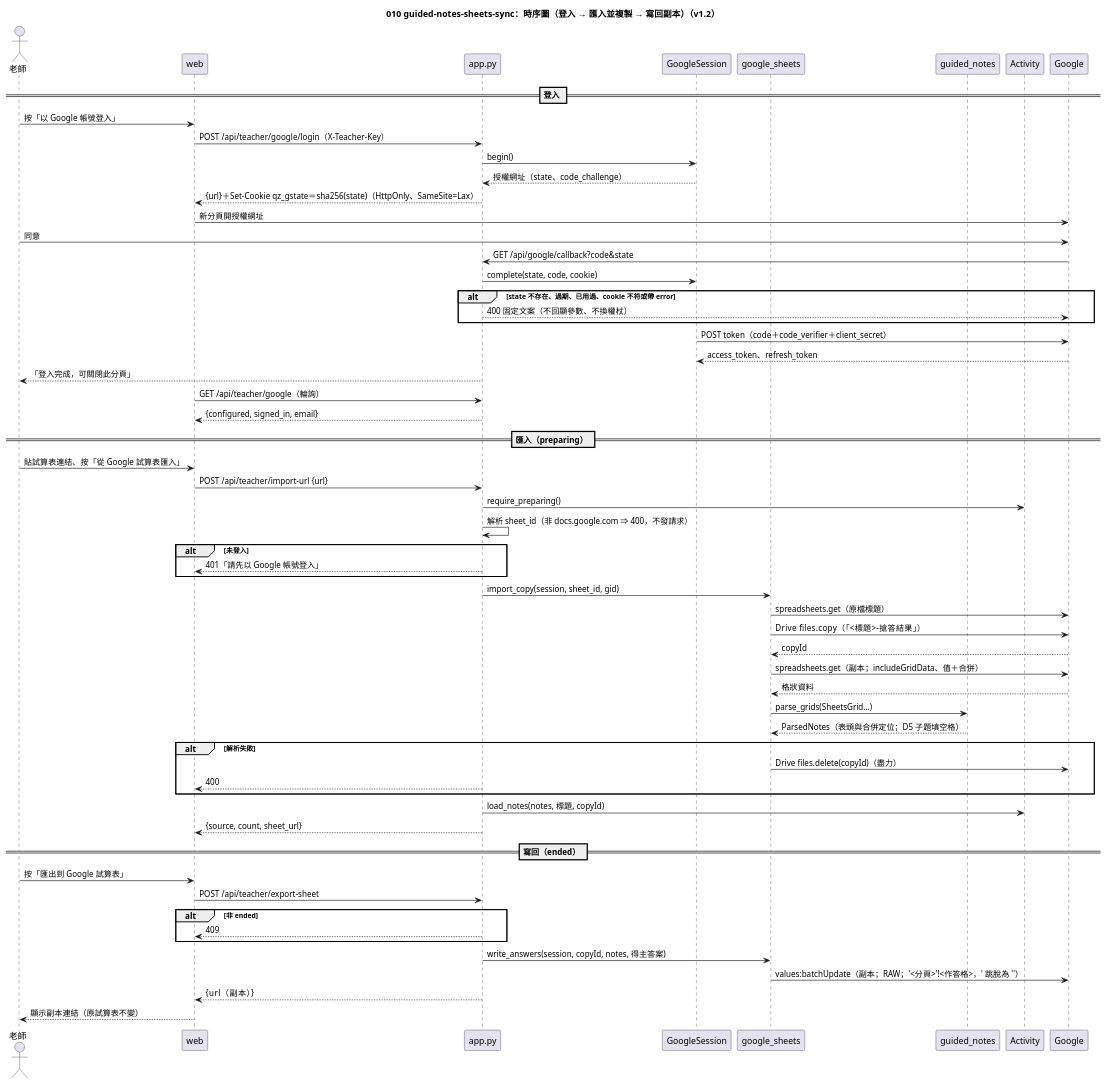
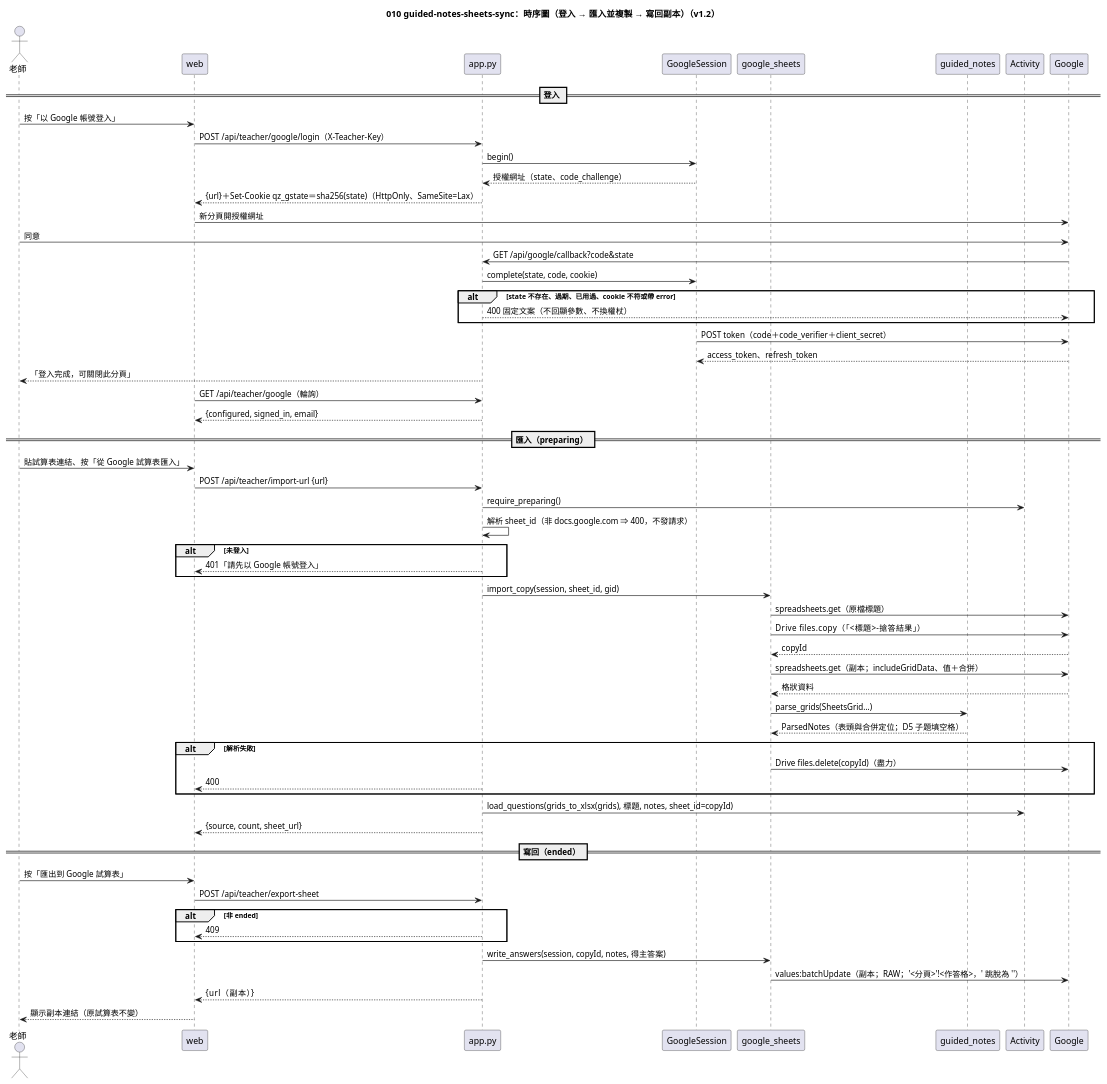
One commit to yue083139/software_fin-speckit changed the diagram in diagrams/010-guided-notes-sheets-sync-sequence.puml. Above: the diagram before and after it, drawn with PlantUML. The commit also changed 38 other files, not shown here.

```diff
--- a/diagrams/010-guided-notes-sheets-sync-sequence.puml
+++ b/diagrams/010-guided-notes-sheets-sync-sequence.puml
@@ -1,65 +1,65 @@
 @startuml 010-guided-notes-sheets-sync-sequence
 title 010 guided-notes-sheets-sync：時序圖（登入 → 匯入並複製 → 寫回副本）（v1.2）
 
 actor "老師" as T
 participant "web" as W
 participant "app.py" as App
 participant "GoogleSession" as S
 participant "google_sheets" as GS
 participant "guided_notes" as GN
 participant "Activity" as Act
 participant "Google" as G
 
 == 登入 ==
 T -> W : 按「以 Google 帳號登入」
 W -> App : POST /api/teacher/google/login（X-Teacher-Key）
 App -> S : begin()
 S --> App : 授權網址（state、code_challenge）
 App --> W : {url}＋Set-Cookie qz_gstate＝sha256(state)（HttpOnly、SameSite=Lax）
 W -> G : 新分頁開授權網址
 T -> G : 同意
 G -> App : GET /api/google/callback?code&state
 App -> S : complete(state, code, cookie)
 alt state 不存在、過期、已用過、cookie 不符或帶 error
   App --> G : 400 固定文案（不回顯參數、不換權杖）
 end
 S -> G : POST token（code＋code_verifier＋client_secret）
 G --> S : access_token、refresh_token
 App --> T : 「登入完成，可關閉此分頁」
 W -> App : GET /api/teacher/google（輪詢）
 App --> W : {configured, signed_in, email}
 
 == 匯入（preparing） ==
 T -> W : 貼試算表連結、按「從 Google 試算表匯入」
 W -> App : POST /api/teacher/import-url {url}
 App -> Act : require_preparing()
 App -> App : 解析 sheet_id（非 docs.google.com ⇒ 400，不發請求）
 alt 未登入
   App --> W : 401「請先以 Google 帳號登入」
 end
 App -> GS : import_copy(session, sheet_id, gid)
 GS -> G : spreadsheets.get（原檔標題）
 GS -> G : Drive files.copy（「<標題>-搶答結果」）
 G --> GS : copyId
 GS -> G : spreadsheets.get（副本；includeGridData、值＋合併）
 G --> GS : 格狀資料
 GS -> GN : parse_grids(SheetsGrid…)
 GN --> GS : ParsedNotes（表頭與合併定位；D5 子題填空格）
 alt 解析失敗
   GS -> G : Drive files.delete(copyId)（盡力）
   App --> W : 400
 end
-App -> Act : load_notes(notes, 標題, copyId)
+App -> Act : load_questions(grids_to_xlsx(grids), 標題, notes, sheet_id=copyId)
 App --> W : {source, count, sheet_url}
 
 == 寫回（ended） ==
 T -> W : 按「匯出到 Google 試算表」
 W -> App : POST /api/teacher/export-sheet
 alt 非 ended
   App --> W : 409
 end
 App -> GS : write_answers(session, copyId, notes, 得主答案)
 GS -> G : values:batchUpdate（副本；RAW；'<分頁>'!<作答格>，' 跳脫為 ''）
 App --> W : {url（副本）}
 W --> T : 顯示副本連結（原試算表不變）
 @enduml
```
